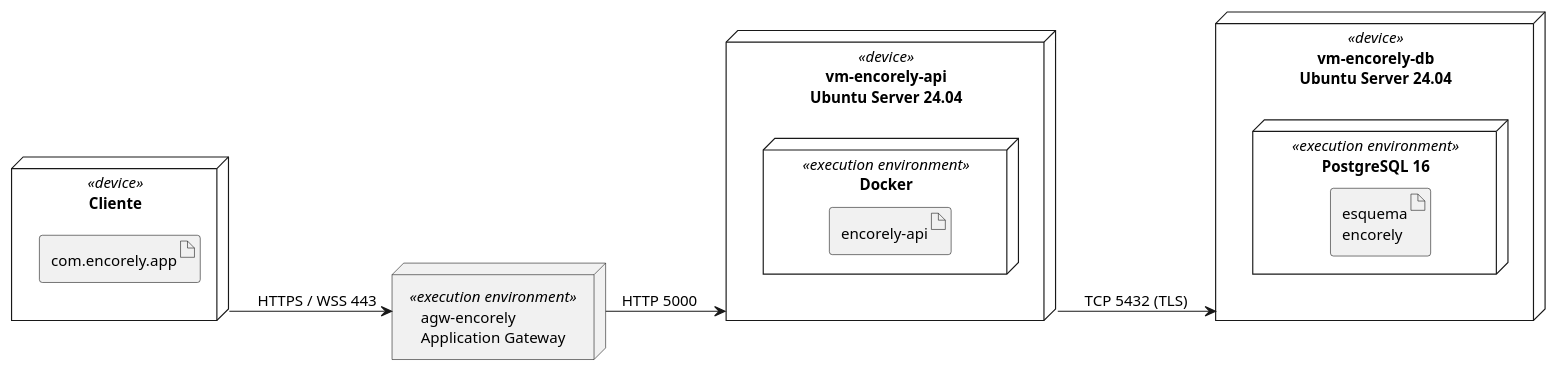
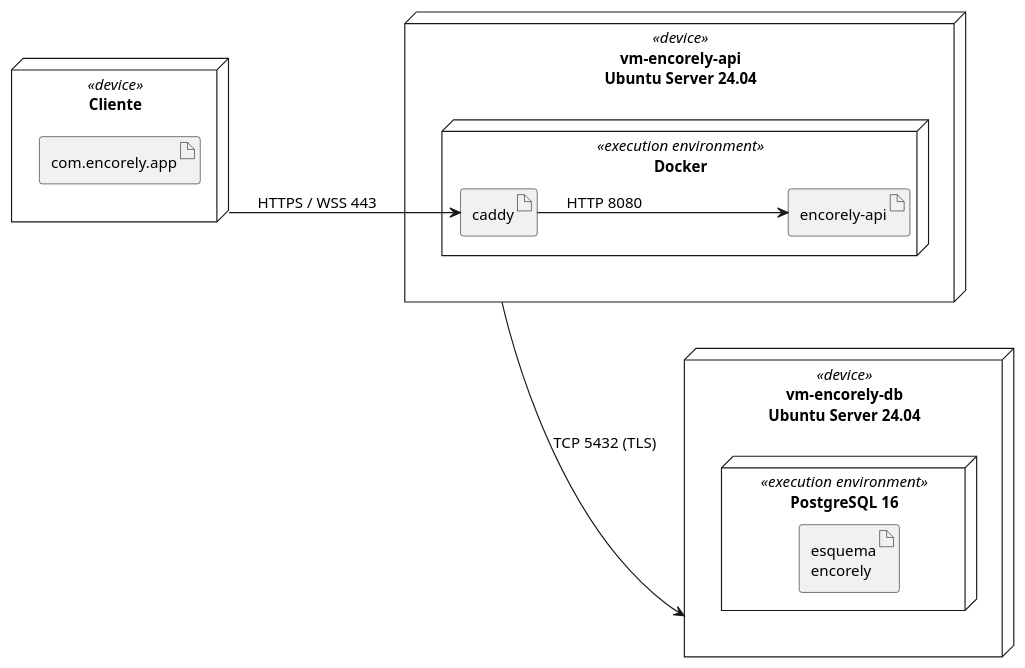
Before and after one commit to EncorelyHQ/encorly_back: the fourth of 10 diagrams in docs/MANUAL-TECNICO-SISTEMA-AVANCE.md, drawn with PlantUML. The commit also changed other lines of this file and 4 other files, not shown here.

````diff
--- a/docs/MANUAL-TECNICO-SISTEMA-AVANCE.md
+++ b/docs/MANUAL-TECNICO-SISTEMA-AVANCE.md
@@ -743,28 +788,28 @@
 ```plantuml
 @startuml
 skinparam monochrome true
 skinparam defaultFontName Archivo
 skinparam defaultFontSize 13
 skinparam shadowing false
 skinparam ranksep 25
 skinparam nodesep 10
 left to right direction
 node "Cliente" <<device>> as CLI {
   artifact "com.encorely.app" as A1
 }
-node "agw-encorely\nApplication Gateway" <<execution environment>> as LB
 node "vm-encorely-api\nUbuntu Server 24.04" <<device>> as VM1 {
   node "Docker" <<execution environment>> as DK {
+    artifact "caddy" as A0
     artifact "encorely-api" as A2
   }
 }
 node "vm-encorely-db\nUbuntu Server 24.04" <<device>> as VM2 {
   node "PostgreSQL 16" <<execution environment>> as PG {
     artifact "esquema\nencorely" as A3
   }
 }
-CLI --> LB : HTTPS / WSS 443
-LB --> VM1 : HTTP 5000
+CLI --> A0 : HTTPS / WSS 443
+A0 --> A2 : HTTP 8080
 VM1 --> VM2 : TCP 5432 (TLS)
 @enduml
 ```
````
